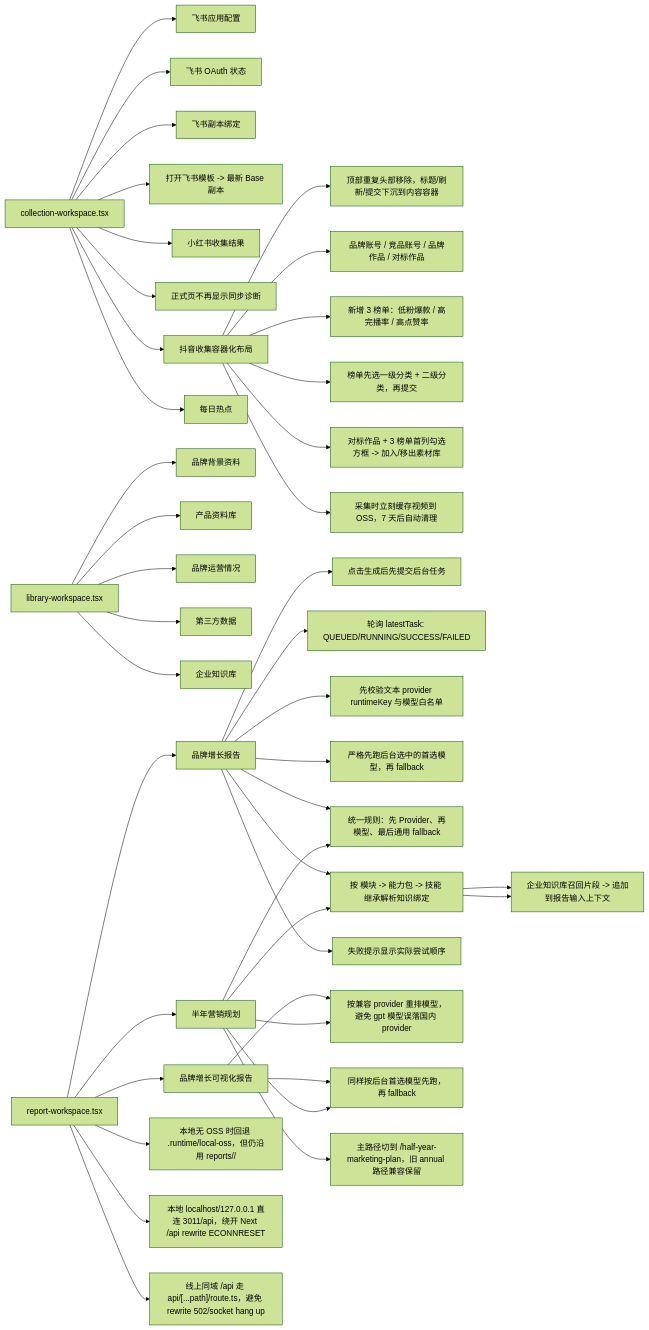
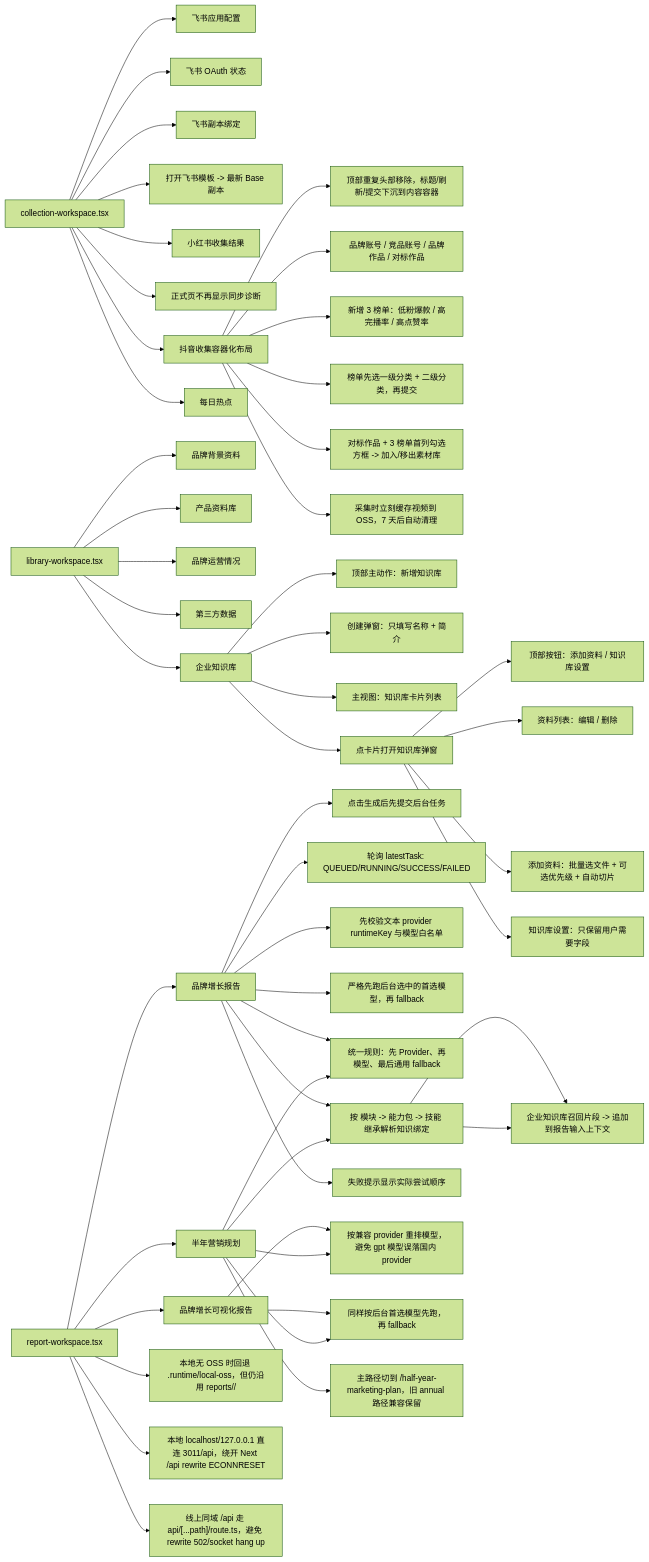
Before and after one commit to Depthukesh/ai-omni-ops-system: the fourth of 14 diagrams in docs/site-map-mermaid.md, drawn with Mermaid (forest theme). The commit also changed other lines of this file and 9 other files, not shown here.

````diff
--- a/docs/site-map-mermaid.md
+++ b/docs/site-map-mermaid.md
@@ -195,49 +196,57 @@
 ```mermaid
 flowchart LR
     A["collection-workspace.tsx"]
     A --> A1["飞书应用配置"]
     A --> A2["飞书 OAuth 状态"]
     A --> A3["飞书副本绑定"]
     A --> A31["打开飞书模板 -> 最新 Base 副本"]
     A --> A4["小红书收集结果"]
     A --> A41["正式页不再显示同步诊断"]
     A --> A6["抖音收集容器化布局"]
     A6 --> A61["顶部重复头部移除，标题/刷新/提交下沉到内容容器"]
     A6 --> A62["品牌账号 / 竞品账号 / 品牌作品 / 对标作品"]
     A6 --> A63["新增 3 榜单：低粉爆款 / 高完播率 / 高点赞率"]
     A6 --> A64["榜单先选一级分类 + 二级分类，再提交"]
     A6 --> A65["对标作品 + 3 榜单首列勾选方框 -> 加入/移出素材库"]
     A6 --> A66["采集时立刻缓存视频到 OSS，7 天后自动清理"]
     A --> A5["每日热点"]
 
     B["library-workspace.tsx"]
     B --> B1["品牌背景资料"]
     B --> B2["产品资料库"]
     B --> B3["品牌运营情况"]
     B --> B4["第三方数据"]
     B --> B5["企业知识库"]
+    B5 --> B51["顶部主动作：新增知识库"]
+    B5 --> B52["创建弹窗：只填写名称 + 简介"]
+    B5 --> B53["主视图：知识库卡片列表"]
+    B5 --> B54["点卡片打开知识库弹窗"]
+    B54 --> B541["顶部按钮：添加资料 / 知识库设置"]
+    B54 --> B542["资料列表：编辑 / 删除"]
+    B54 --> B543["添加资料：批量选文件 + 可选优先级 + 自动切片"]
+    B54 --> B544["知识库设置：只保留用户需要字段"]
 
     C["report-workspace.tsx"]
     C --> C1["品牌增长报告"]
     C --> C2["品牌增长可视化报告"]
     C --> C3["半年营销规划"]
     C1 --> C10["点击生成后先提交后台任务"]
     C1 --> C11["轮询 latestTask: QUEUED/RUNNING/SUCCESS/FAILED"]
     C1 --> C12["先校验文本 provider runtimeKey 与模型白名单"]
     C1 --> C17["严格先跑后台选中的首选模型，再 fallback"]
     C1 --> C21["统一规则：先 Provider、再模型、最后通用 fallback"]
     C1 --> C22["按 模块 -> 能力包 -> 技能 继承解析知识绑定"]
     C22 --> C23["企业知识库召回片段 -> 追加到报告输入上下文"]
     C1 --> C18["失败提示显示实际尝试顺序"]
     C2 --> C13["忽略不兼容的图像 provider，回退国内文本 provider"]
     C2 --> C19["同样按后台首选模型先跑，再 fallback"]
     C3 --> C13["按兼容 provider 重排模型，避免 gpt 模型误落国内 provider"]
     C3 --> C20["主路径切到 /half-year-marketing-plan，旧 annual 路径兼容保留"]
     C3 --> C21
     C3 --> C19
     C3 --> C22
     C22 --> C23
     C --> C14["本地无 OSS 时回退 .runtime/local-oss，但仍沿用 reports/<brandId>/<fileName>"]
     C --> C15["本地 localhost/127.0.0.1 直连 3011/api，绕开 Next /api rewrite ECONNRESET"]
     C --> C16["线上同域 /api 走 api/[...path]/route.ts，避免 rewrite 502/socket hang up"]
 ```
````
